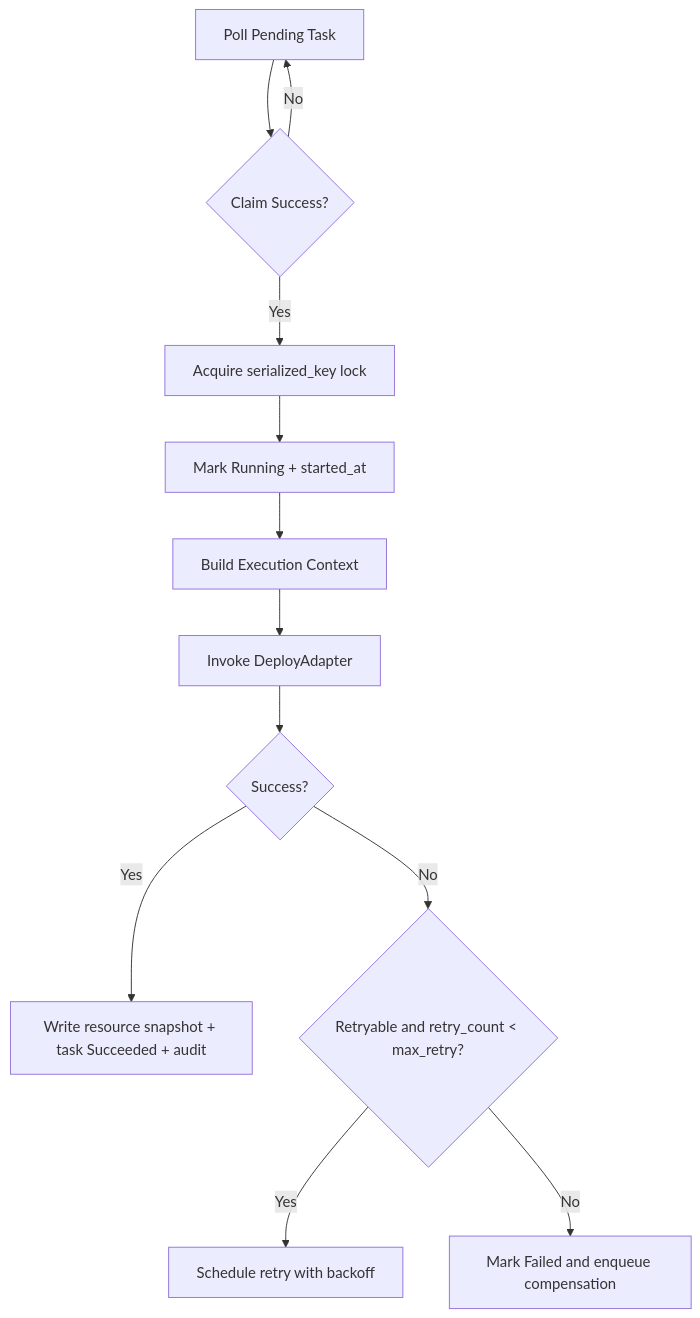
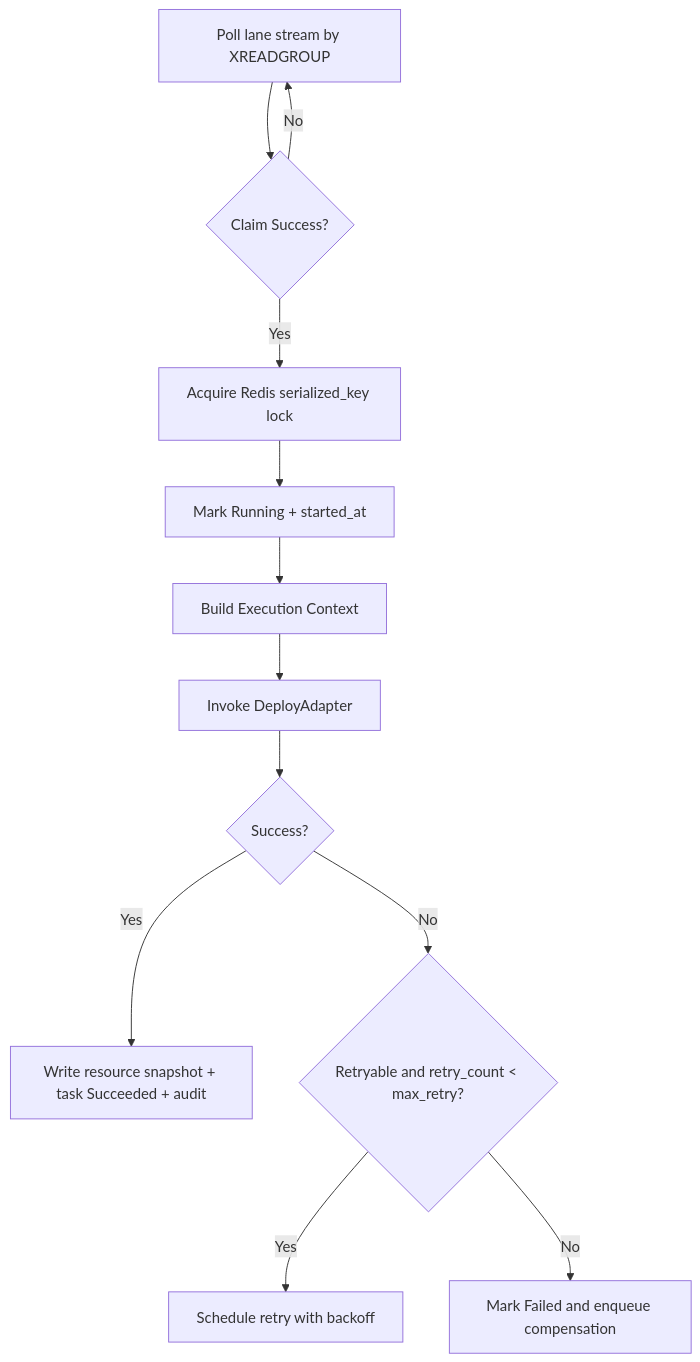
Before and after one commit to sentanl869/aether: diagram 15 of 24 in docs/design.md, drawn with Mermaid. The commit also changed other lines of this file and 2 other files, not shown here.

Commit message:
[UPDATE]Complete T22 Redis execution-infrastructure convergence and sync design/task/decision docs

````diff
--- a/docs/design.md
+++ b/docs/design.md
@@ -2109,14 +2117,14 @@
 ```mermaid
 flowchart TD
-  A[Poll Pending Task] --> B{Claim Success?}
+  A[Poll lane stream by XREADGROUP] --> B{Claim Success?}
   B -- No --> A
-  B -- Yes --> C[Acquire serialized_key lock]
+  B -- Yes --> C[Acquire Redis serialized_key lock]
   C --> D[Mark Running + started_at]
   D --> E[Build Execution Context]
   E --> F[Invoke DeployAdapter]
   F --> G{Success?}
   G -- Yes --> H[Write resource snapshot + task Succeeded + audit]
   G -- No --> I{Retryable and retry_count < max_retry?}
   I -- Yes --> J[Schedule retry with backoff]
   I -- No --> K[Mark Failed and enqueue compensation]
 ```
````
